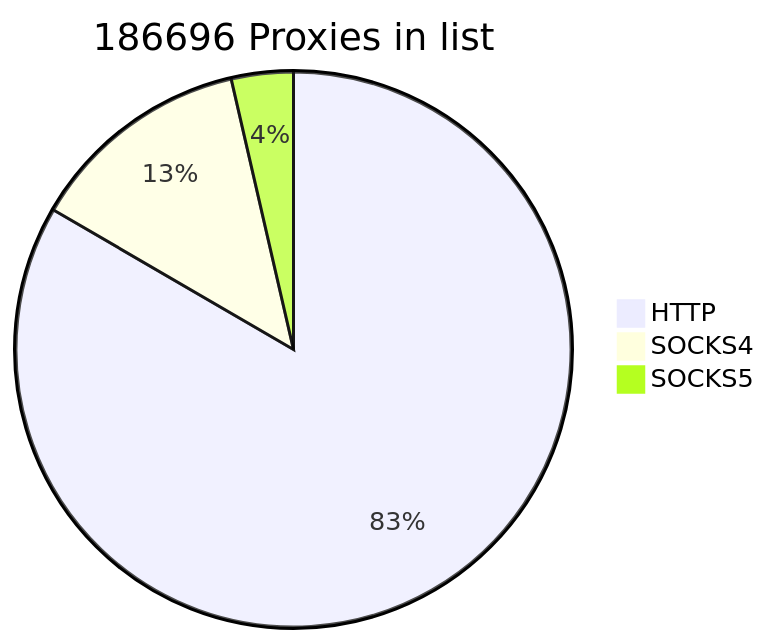
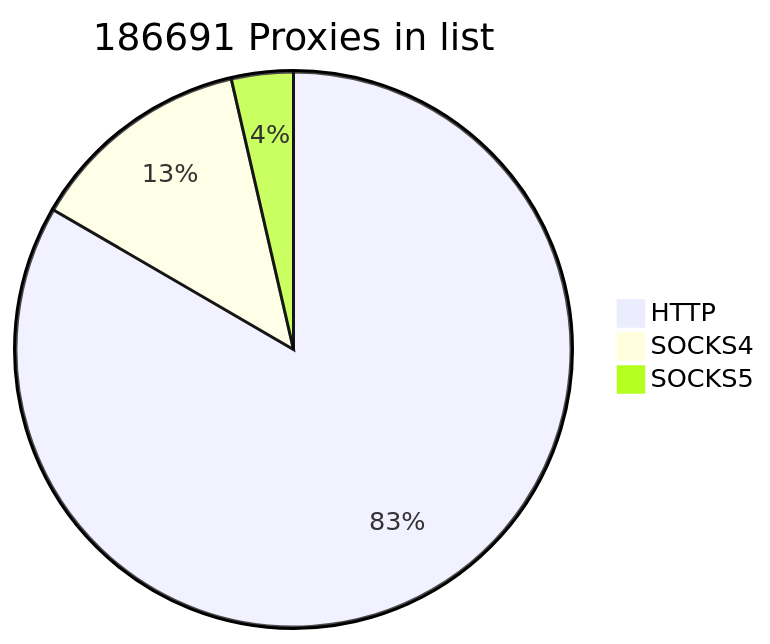
Before and after one commit to cutipu/proxylist: the first of 2 diagrams in README.md, drawn with Mermaid. The commit also changed other lines of this file, not shown here.

````diff
--- a/README.md
+++ b/README.md
@@ -2,7 +2,7 @@
 ```mermaid
-pie title 186696 Proxies in list
+pie title 186691 Proxies in list
     "HTTP" : 155676
     "SOCKS4" : 24296
-    "SOCKS5" : 6724
+    "SOCKS5" : 6719
             
 ```
````
